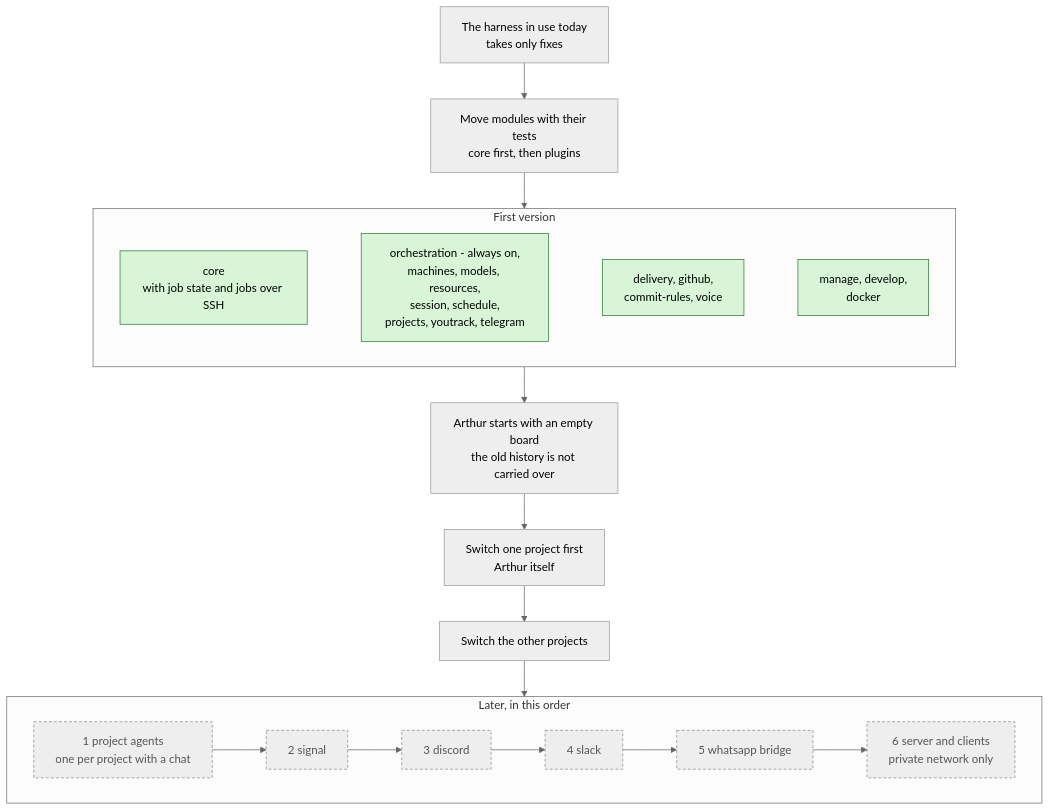
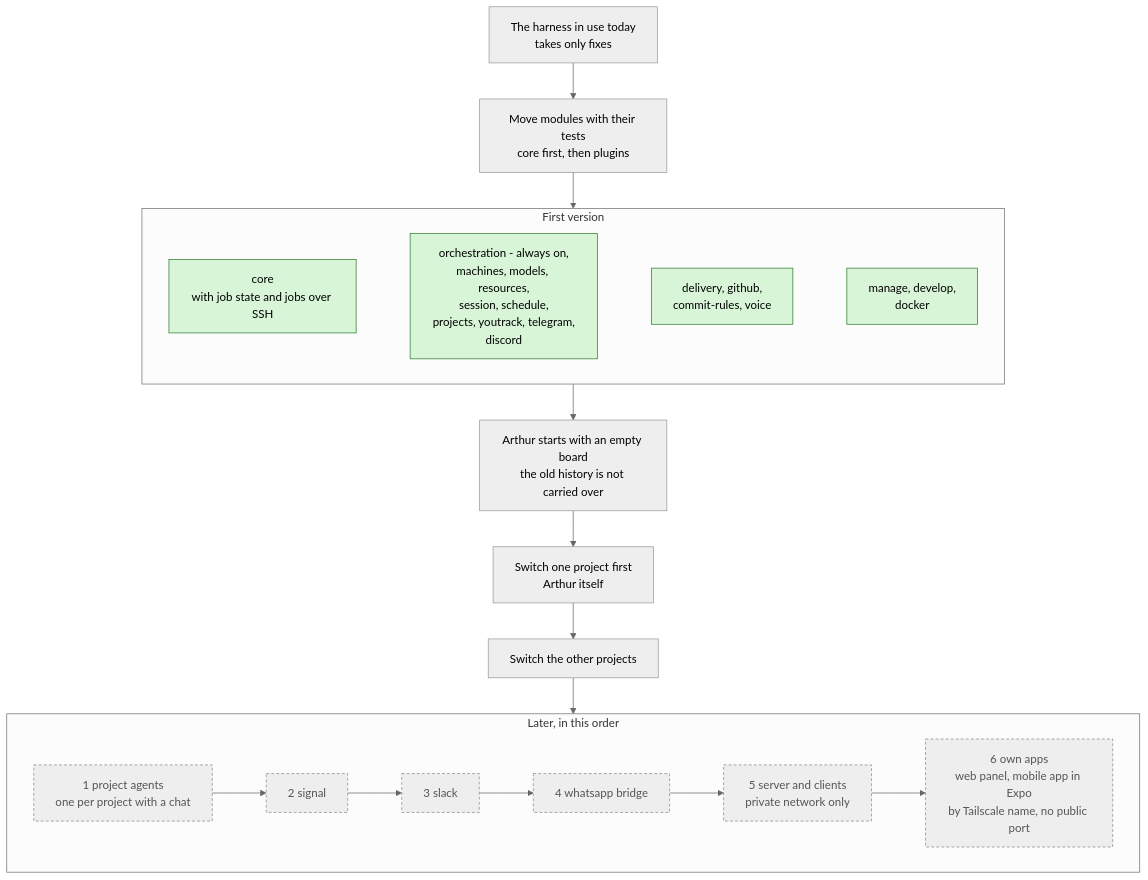
Before and after one commit to kacperadler/arthur: the diagram in docs/architecture/versions.mmd, drawn with Mermaid (neutral theme). The commit also changed 2 other files, not shown here.

Commit message:
docs(AR0151): discord first in the example config and diagrams

```diff
--- a/docs/architecture/versions.mmd
+++ b/docs/architecture/versions.mmd
@@ -1,33 +1,33 @@
 %% From the harness in use today to Arthur's first version and after it. Green = first version, grey dashed = later.
 flowchart TD
   today[The harness in use today<br/>takes only fixes]
   move[Move modules with their tests<br/>core first, then plugins]
 
   subgraph V1[First version]
     core[core<br/>with job state and jobs over SSH]
-    p1[orchestration - always on,<br/>machines, models, resources,<br/>session, schedule,<br/>projects, youtrack, telegram]
+    p1[orchestration - always on,<br/>machines, models, resources,<br/>session, schedule,<br/>projects, youtrack, telegram,<br/>discord]
     p2[delivery, github,<br/>commit-rules, voice]
     p3[manage, develop,<br/>docker]
     core ~~~ p1 ~~~ p2 ~~~ p3
   end
 
   start[Arthur starts with an empty board<br/>the old history is not carried over]
   switch1[Switch one project first<br/>Arthur itself]
   switch2[Switch the other projects]
 
   subgraph V2[Later, in this order]
     agents[1 project agents<br/>one per project with a chat]
     signal[2 signal]
-    discord[3 discord]
-    slack[4 slack]
-    whatsapp[5 whatsapp bridge]
-    server[6 server and clients<br/>private network only]
-    agents --> signal --> discord --> slack --> whatsapp --> server
+    slack[3 slack]
+    whatsapp[4 whatsapp bridge]
+    server[5 server and clients<br/>private network only]
+    apps[6 own apps<br/>web panel, mobile app in Expo<br/>by Tailscale name, no public port]
+    agents --> signal --> slack --> whatsapp --> server --> apps
   end
 
   today --> move --> V1 --> start --> switch1 --> switch2 --> V2
 
   classDef first fill:#d8f5d8,stroke:#2d7a2d,color:#000;
   classDef later fill:#eee,stroke:#888,stroke-dasharray:4 3,color:#555;
   class core,p1,p2,p3 first;
-  class agents,signal,discord,slack,whatsapp,server later;
+  class agents,signal,slack,whatsapp,server,apps later;
```
